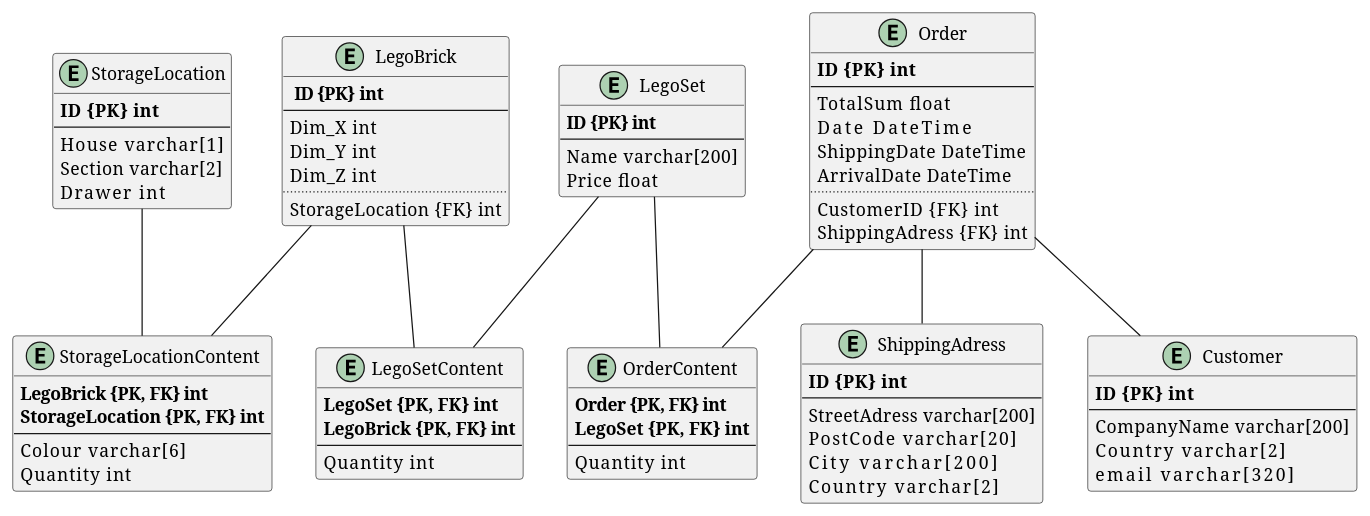
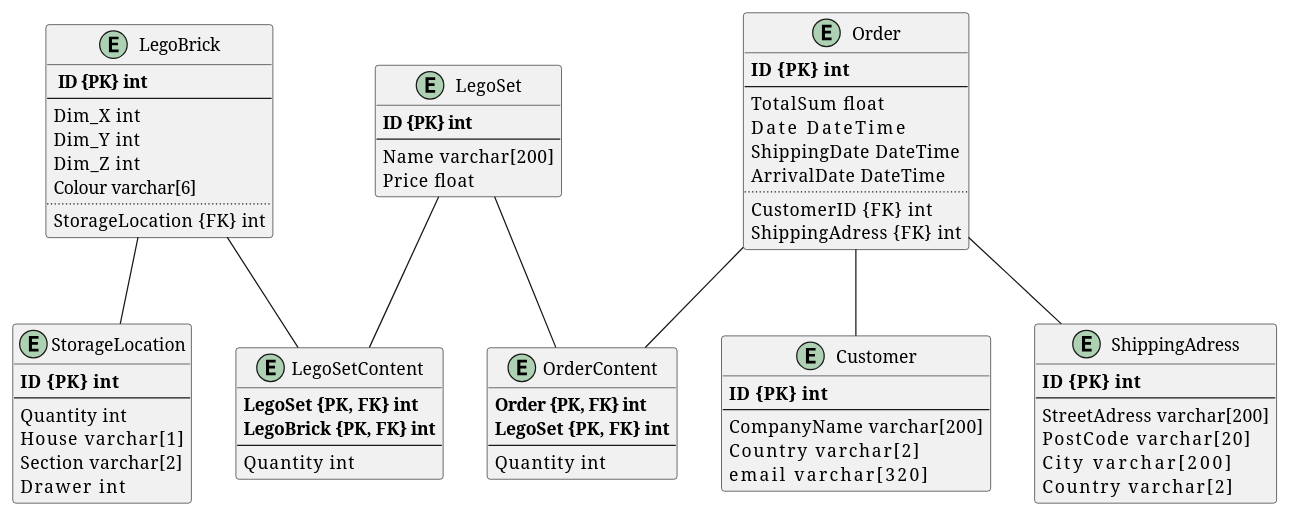
One commit to s02blom/LegoWebStore changed the diagram in figures/Schema.plantuml. Above: the diagram before and after it, drawn with PlantUML. The commit also changed 1 other file, not shown here.

Commit message:
Partly change back to 1 to 1 relation with the Colour having moved to the Lego Brick

```diff
--- a/figures/Schema.plantuml
+++ b/figures/Schema.plantuml
@@ -1,92 +1,85 @@
 @startuml Schema
 
 entity LegoBrick{
     ** ID {PK}** **int**
     --
     Dim_X   int
     Dim_Y   int
     Dim_Z   int
+    Colour varchar[6]
     ..
     StorageLocation {FK}    int
 }
 
 entity StorageLocation{
     **ID {PK}   int**
     --
+    Quantity   int
     House      varchar[1]
     Section    varchar[2]
     Drawer     int
 }
 
 entity LegoSet{
     **ID {PK} int**
     --
     Name    varchar[200]
     Price   float
 }
 
 entity Order{
     **ID {PK}   int**
     --
     TotalSum    float
     Date        DateTime
     ShippingDate    DateTime
     ArrivalDate     DateTime
     ..
     CustomerID  {FK}    int
     ShippingAdress {FK}     int
 }
 
 entity Customer{
     **ID {PK}   int**
     --
     CompanyName     varchar[200]
     Country         varchar[2]
     email           varchar[320]
 }
 
 
 entity LegoSetContent{
     **LegoSet  {PK, FK} int**
     **LegoBrick {PK, FK}  int**
     --
     Quantity    int 
 }
 
 entity ShippingAdress{
     **ID {PK}   int**
     --
     StreetAdress    varchar[200]
     PostCode        varchar[20]
     City            varchar[200]
     Country         varchar[2]
 }
 
 entity OrderContent{
     **Order {PK, FK} int**
     **LegoSet {PK, FK}  int**
     --
     Quantity    int
 }
 
-entity StorageLocationContent{
-    **LegoBrick {PK, FK} int**
-    **StorageLocation {PK, FK} int**
-    --
-    Colour      varchar[6]
-    Quantity    int
-}
 
-LegoBrick -- StorageLocationContent
+LegoBrick -- StorageLocation
 LegoBrick -- LegoSetContent
-
-StorageLocation -- StorageLocationContent
 
 LegoSet -- LegoSetContent
 LegoSet -- OrderContent
 
 Order -- OrderContent
 Order -- Customer
 Order -- ShippingAdress
 
 @enduml
```
